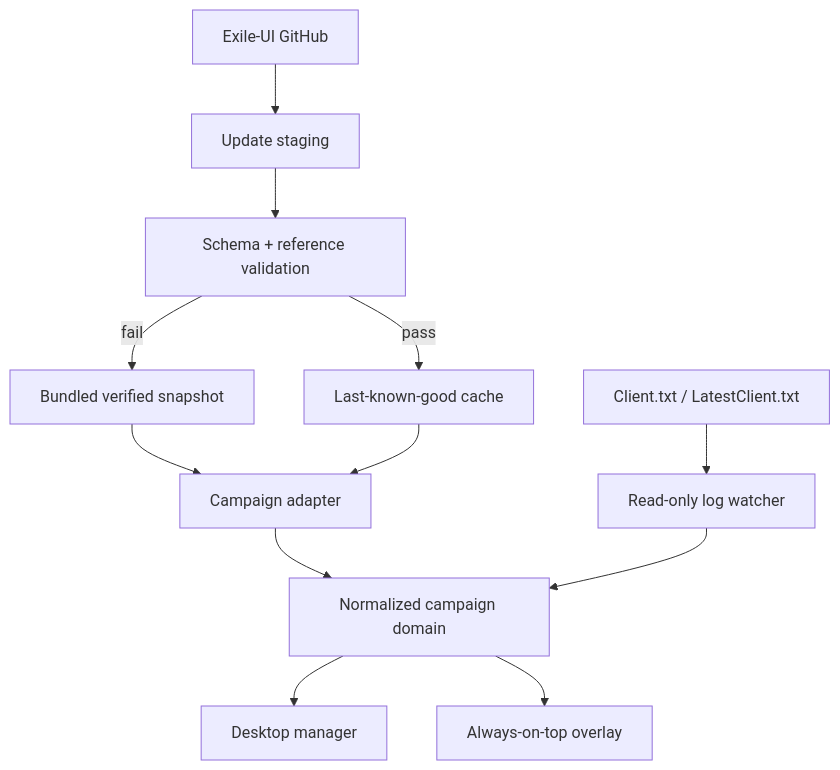
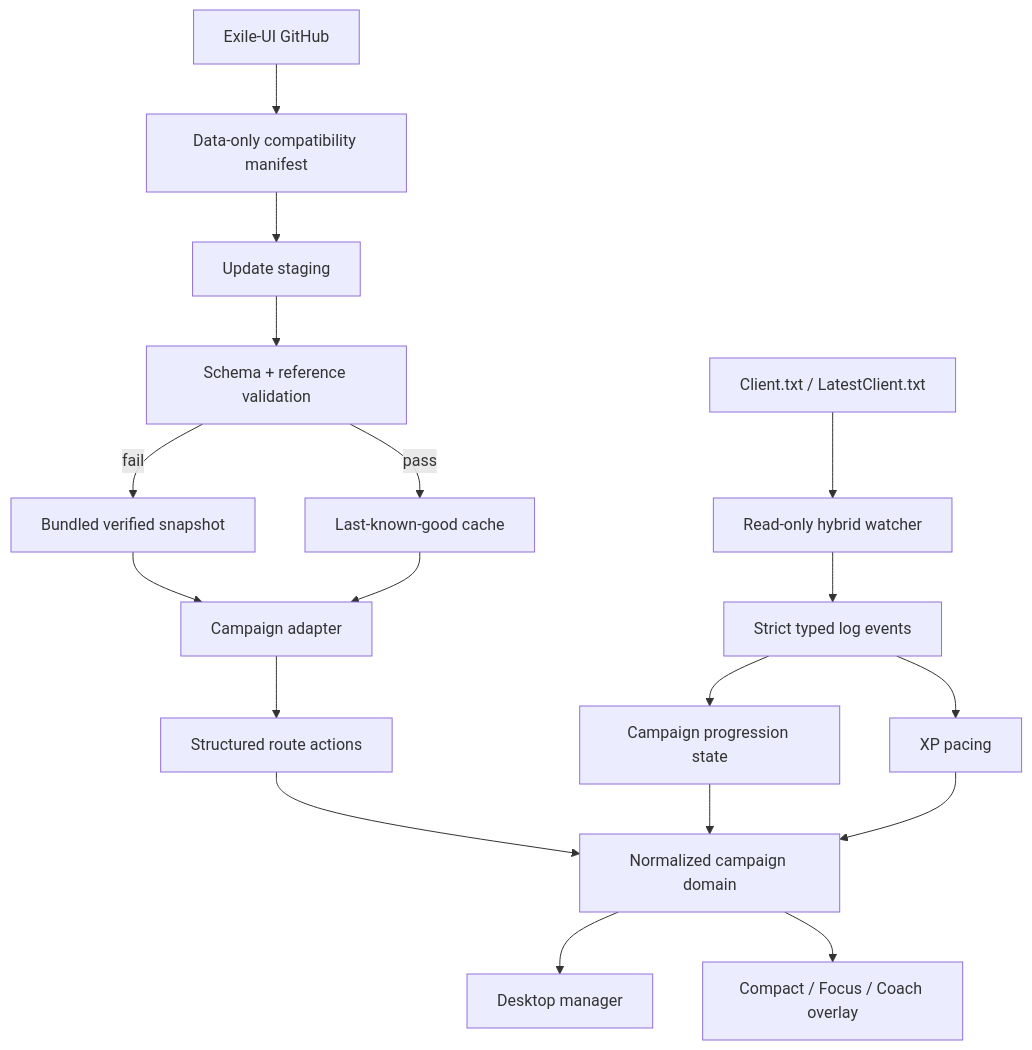
The diagram in docs/ARCHITECTURE.md (Stoffe101/ExileQuesting), drawn with Mermaid before and after one commit. The commit also changed other lines of this file, not shown here.

Commit message:
Document Overlay V2 architecture

````diff
--- a/docs/ARCHITECTURE.md
+++ b/docs/ARCHITECTURE.md
@@ -5,14 +5,21 @@
 ```mermaid
 flowchart TD
-  Log["Client.txt / LatestClient.txt"] --> Watcher["Read-only log watcher"]
-  Exile["Exile-UI GitHub"] --> Stage["Update staging"]
+  Log["Client.txt / LatestClient.txt"] --> Watcher["Read-only hybrid watcher"]
+  Watcher --> Events["Strict typed log events"]
+  Events --> Progression["Campaign progression state"]
+  Events --> XP["XP pacing"]
+
+  Exile["Exile-UI GitHub"] --> Compatibility["Data-only compatibility manifest"]
+  Compatibility --> Stage["Update staging"]
   Stage --> Validate["Schema + reference validation"]
   Bundle["Bundled verified snapshot"] --> Adapter["Campaign adapter"]
   Validate -->|pass| Cache["Last-known-good cache"]
   Validate -->|fail| Bundle
   Cache --> Adapter
-  Adapter --> Domain["Normalized campaign domain"]
-  Watcher --> Domain
+  Adapter --> Actions["Structured route actions"]
+  Actions --> Domain["Normalized campaign domain"]
+  Progression --> Domain
+  XP --> Domain
   Domain --> Manager["Desktop manager"]
-  Domain --> Overlay["Always-on-top overlay"]
+  Domain --> Overlay["Compact / Focus / Coach overlay"]
 ```
````
